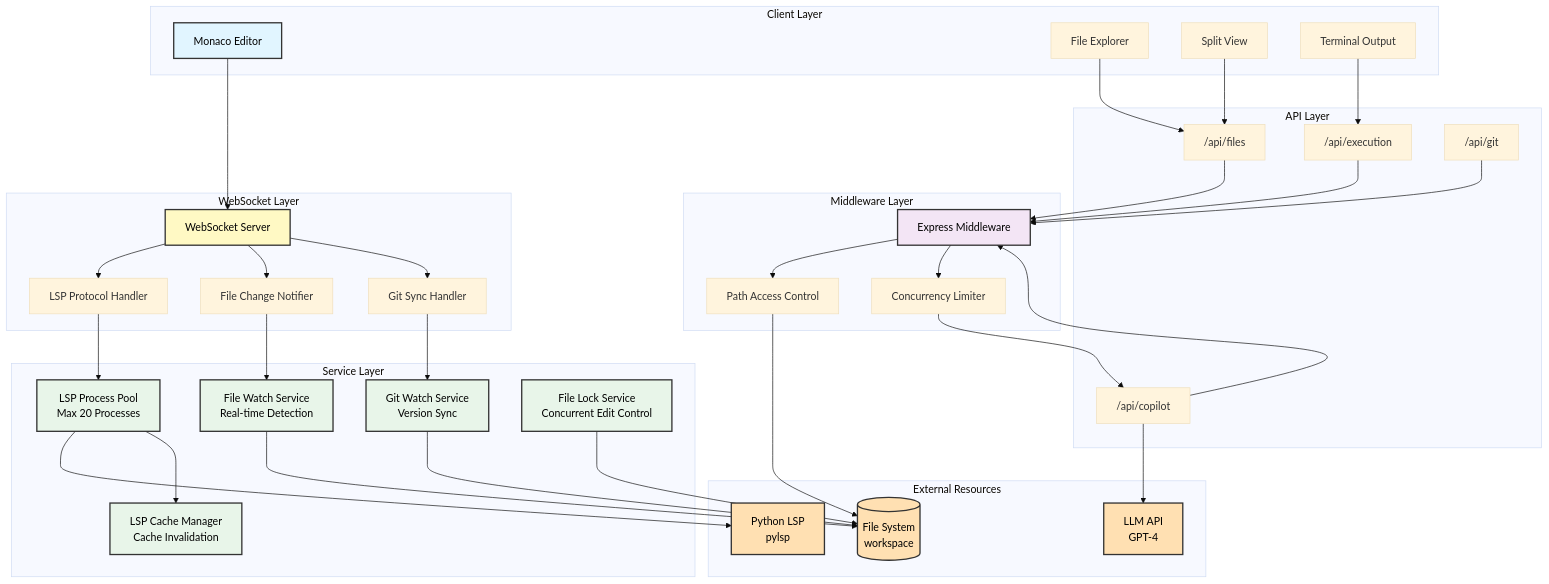
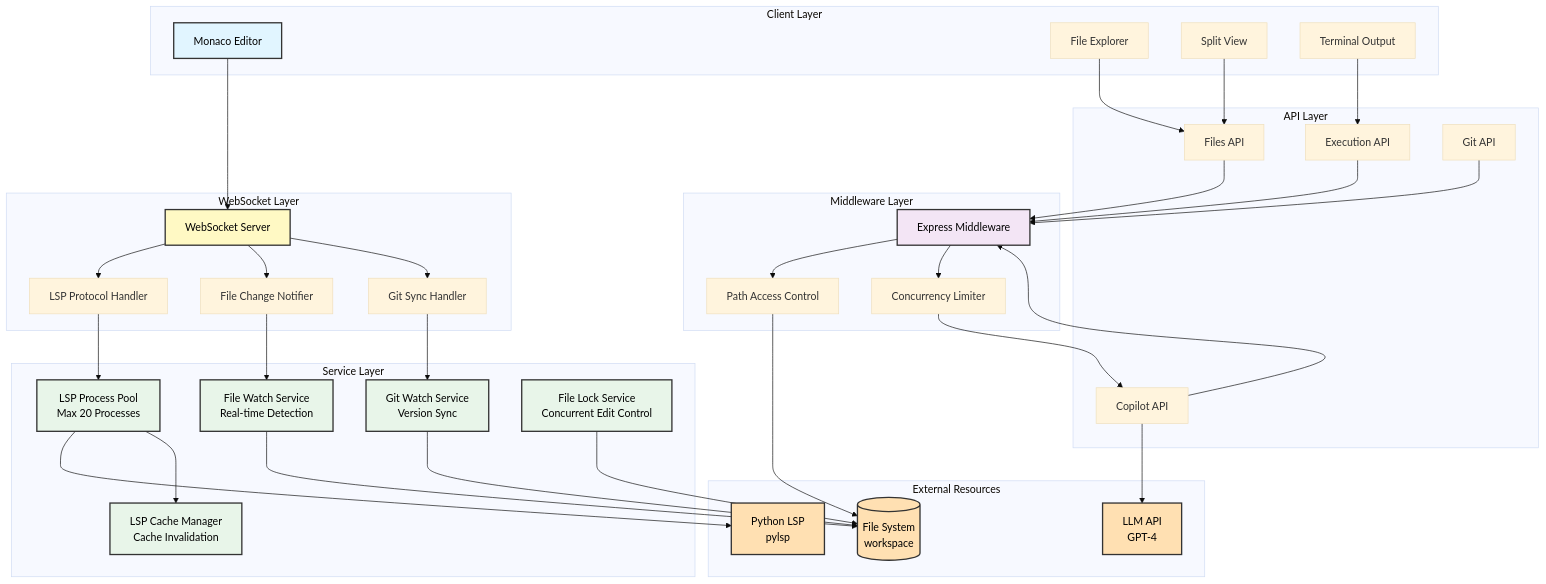
The diagram in public/architecture/pyeditor/system-architecture-en.mmd (comsa33/porfolio-site), drawn with Mermaid (base theme) before and after one commit. The commit also changed 14 other files, not shown here.

First line of the commit message:
feat: harness architecture diagrams; strip internal API paths from diagrams

```diff
--- a/public/architecture/pyeditor/system-architecture-en.mmd
+++ b/public/architecture/pyeditor/system-architecture-en.mmd
@@ -1,85 +1,85 @@
 graph TB
     subgraph "Client Layer"
         A[Monaco Editor]
         A1[File Explorer]
         A2[Split View]
         A3[Terminal Output]
     end
     
     subgraph "WebSocket Layer"
         B[WebSocket Server]
         B1[LSP Protocol Handler]
         B2[File Change Notifier]
         B3[Git Sync Handler]
     end
     
     subgraph "Middleware Layer"
         C[Express Middleware]
         C1[Path Access Control]
         C2[Concurrency Limiter]
     end
     
     subgraph "Service Layer"
         D1[LSP Process Pool<br/>Max 20 Processes]
         D2[File Watch Service<br/>Real-time Detection]
         D3[Git Watch Service<br/>Version Sync]
         D4[File Lock Service<br/>Concurrent Edit Control]
         D5[LSP Cache Manager<br/>Cache Invalidation]
     end
     
     subgraph "API Layer"
-        E1["/api/files"]
-        E2["/api/execution"]
-        E3["/api/git"]
-        E4["/api/copilot"]
+        E1["Files API"]
+        E2["Execution API"]
+        E3["Git API"]
+        E4["Copilot API"]
     end
     
     subgraph "External Resources"
         F1[(File System<br/>workspace)]
         F2[Python LSP<br/>pylsp]
         F3[LLM API<br/>GPT-4]
     end
     
     A --> B
     A1 --> E1
     A2 --> E1
     A3 --> E2
     
     B --> B1
     B --> B2
     B --> B3
     
     B1 --> D1
     B2 --> D2
     B3 --> D3
     
     E1 --> C
     E2 --> C
     E3 --> C
     E4 --> C
     
     C --> C1
     C --> C2
     
     C1 --> F1
     C2 --> E4
     
     D1 --> F2
     D1 --> D5
     D2 --> F1
     D3 --> F1
     D4 --> F1
     
     E4 --> F3
     
     style A fill:#e1f5ff,stroke:#333,stroke-width:2px,color:#000
     style B fill:#fff9c4,stroke:#333,stroke-width:2px,color:#000
     style C fill:#f3e5f5,stroke:#333,stroke-width:2px,color:#000
     style D1 fill:#e8f5e9,stroke:#333,stroke-width:2px,color:#000
     style D2 fill:#e8f5e9,stroke:#333,stroke-width:2px,color:#000
     style D3 fill:#e8f5e9,stroke:#333,stroke-width:2px,color:#000
     style D4 fill:#e8f5e9,stroke:#333,stroke-width:2px,color:#000
     style D5 fill:#e8f5e9,stroke:#333,stroke-width:2px,color:#000
     style F1 fill:#ffe0b2,stroke:#333,stroke-width:2px,color:#000
     style F2 fill:#ffe0b2,stroke:#333,stroke-width:2px,color:#000
     style F3 fill:#ffe0b2,stroke:#333,stroke-width:2px,color:#000
```
